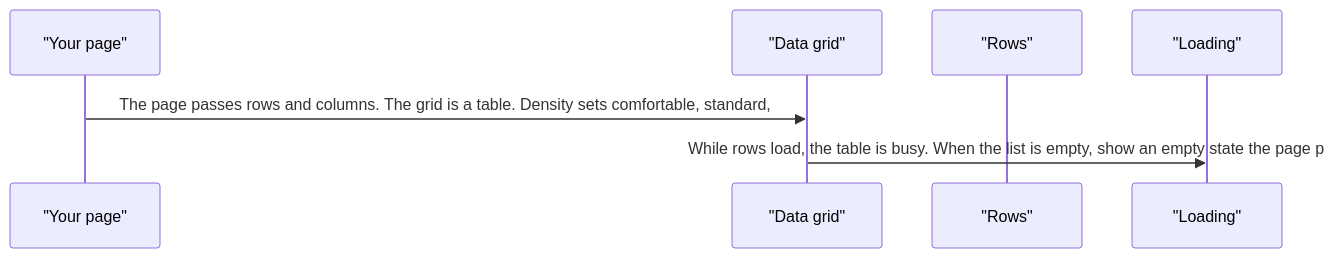
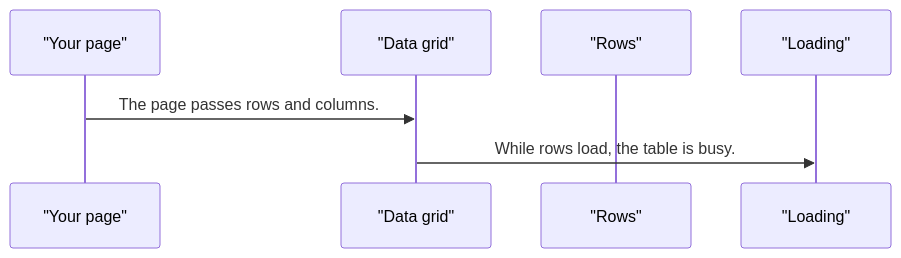
Before and after one commit to RajshekharBorate/pixel-ui: the second of 6 diagrams in projects/pixel-ui/src/lib/pixel-data-grid/DESIGN.md, drawn with Mermaid. The commit also changed other lines of this file and 80 other files, not shown here.

Commit message:
Fill missing design flows and correct the stories that did not match component behavior.

````diff
--- a/projects/pixel-ui/src/lib/pixel-data-grid/DESIGN.md
+++ b/projects/pixel-ui/src/lib/pixel-data-grid/DESIGN.md
@@ -62,9 +70,9 @@
 ```mermaid
 sequenceDiagram
   participant page as "Your page"
   participant grid as "Data grid"
   participant row as "Rows"
   participant busy as "Loading"
-  page->>grid: The page passes rows and columns. The grid is a table. Density sets comfortable, standard,
-  grid->>busy: While rows load, the table is busy. When the list is empty, show an empty state the page p
+  page->>grid: The page passes rows and columns.
+  grid->>busy: While rows load, the table is busy.
 ```
````
